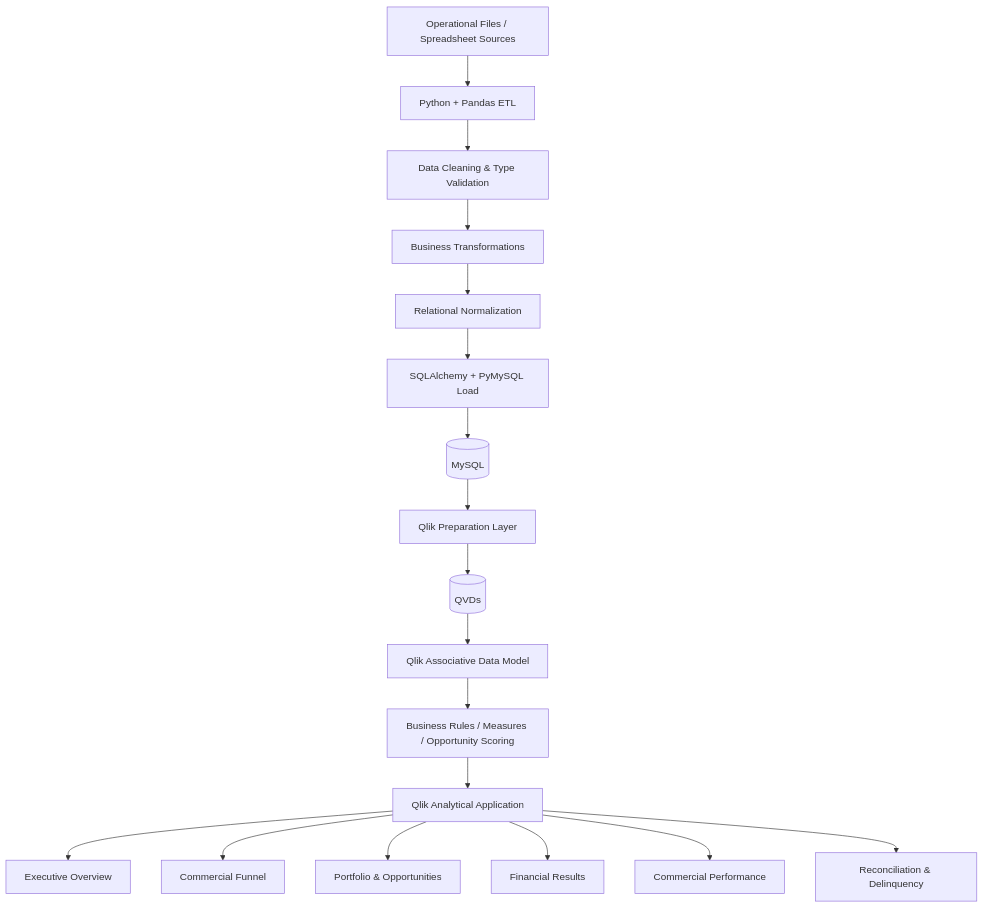
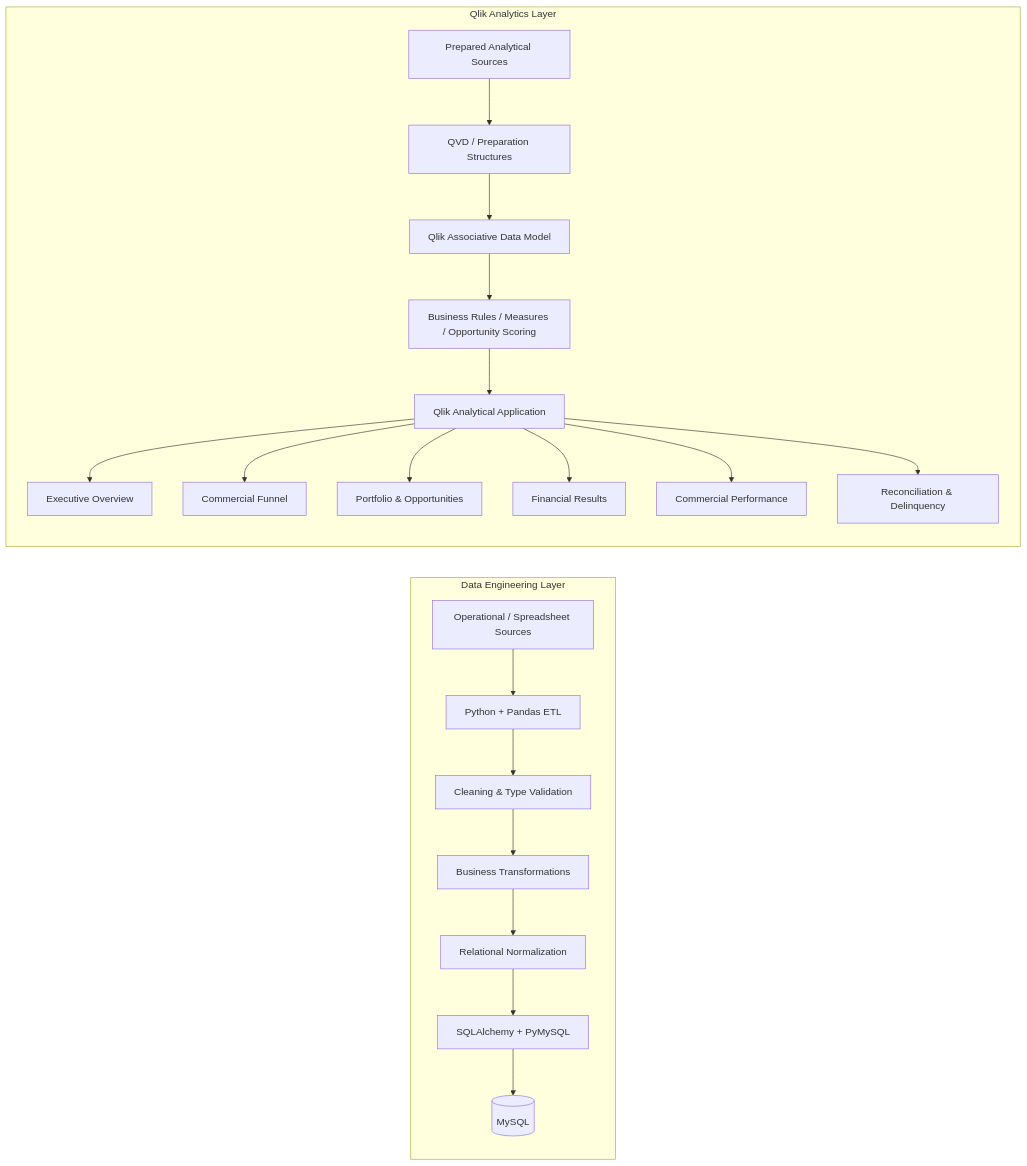
Before and after one commit to felipennuness/Credit-Operations-Analytics-Data-Pipeline: the diagram in architecture/README.md, drawn with Mermaid. The commit also changed other lines of this file, not shown here.

Commit message:
Clarify verified data engineering and Qlik analytics architecture

````diff
--- a/architecture/README.md
+++ b/architecture/README.md
@@ -11,34 +14,24 @@
 ```mermaid
-flowchart TD
-    A[Operational Files / Spreadsheet Sources]
-    B[Python + Pandas ETL]
-    C[Data Cleaning & Type Validation]
-    D[Business Transformations]
-    E[Relational Normalization]
-    F[SQLAlchemy + PyMySQL Load]
-    G[(MySQL)]
-    H[Qlik Preparation Layer]
-    I[(QVDs)]
-    J[Qlik Associative Data Model]
-    K[Business Rules / Measures / Opportunity Scoring]
-    L[Qlik Analytical Application]
+flowchart LR
+    subgraph DE[Data Engineering Layer]
+        A[Operational / Spreadsheet Sources] --> B[Python + Pandas ETL]
+        B --> C[Cleaning & Type Validation]
+        C --> D[Business Transformations]
+        D --> E[Relational Normalization]
+        E --> F[SQLAlchemy + PyMySQL]
+        F --> G[(MySQL)]
+    end
 
-    A --> B
-    B --> C
-    C --> D
-    D --> E
-    E --> F
-    F --> G
-    G --> H
-    H --> I
-    I --> J
-    J --> K
-    K --> L
-
-    L --> M[Executive Overview]
-    L --> N[Commercial Funnel]
-    L --> O[Portfolio & Opportunities]
-    L --> P[Financial Results]
-    L --> Q[Commercial Performance]
-    L --> R[Reconciliation & Delinquency]
+    subgraph QA[Qlik Analytics Layer]
+        H[Prepared Analytical Sources] --> I[QVD / Preparation Structures]
+        I --> J[Qlik Associative Data Model]
+        J --> K[Business Rules / Measures / Opportunity Scoring]
+        K --> L[Qlik Analytical Application]
+        L --> M[Executive Overview]
+        L --> N[Commercial Funnel]
+        L --> O[Portfolio & Opportunities]
+        L --> P[Financial Results]
+        L --> Q[Commercial Performance]
+        L --> R[Reconciliation & Delinquency]
+    end
 ```
````
